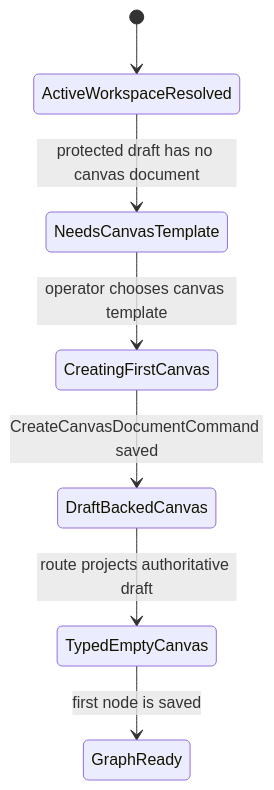
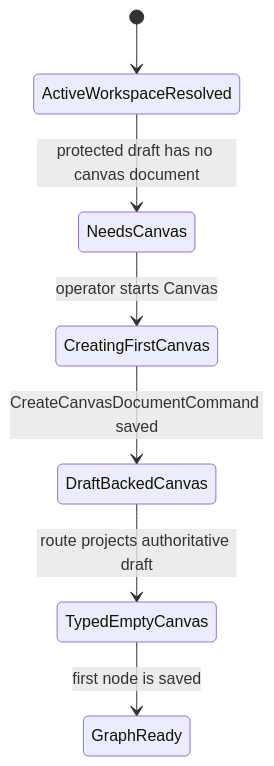
The first of 4 diagrams in docs/architecture/components/web/graph/canvas-startup-template-selection-component.md (dunay2/dvt), drawn with Mermaid before and after one commit. The commit also changed other lines of this file and 21 other files, not shown here.

````diff
--- a/docs/architecture/components/web/graph/canvas-startup-template-selection-component.md
+++ b/docs/architecture/components/web/graph/canvas-startup-template-selection-component.md
@@ -56,9 +48,9 @@
 ```mermaid
 stateDiagram-v2
   [*] --> ActiveWorkspaceResolved
-  ActiveWorkspaceResolved --> NeedsCanvasTemplate: protected draft has no canvas document
-  NeedsCanvasTemplate --> CreatingFirstCanvas: operator chooses canvas template
+  ActiveWorkspaceResolved --> NeedsCanvas: protected draft has no canvas document
+  NeedsCanvas --> CreatingFirstCanvas: operator starts Canvas
   CreatingFirstCanvas --> DraftBackedCanvas: CreateCanvasDocumentCommand saved
   DraftBackedCanvas --> TypedEmptyCanvas: route projects authoritative draft
   TypedEmptyCanvas --> GraphReady: first node is saved
 ```
````
